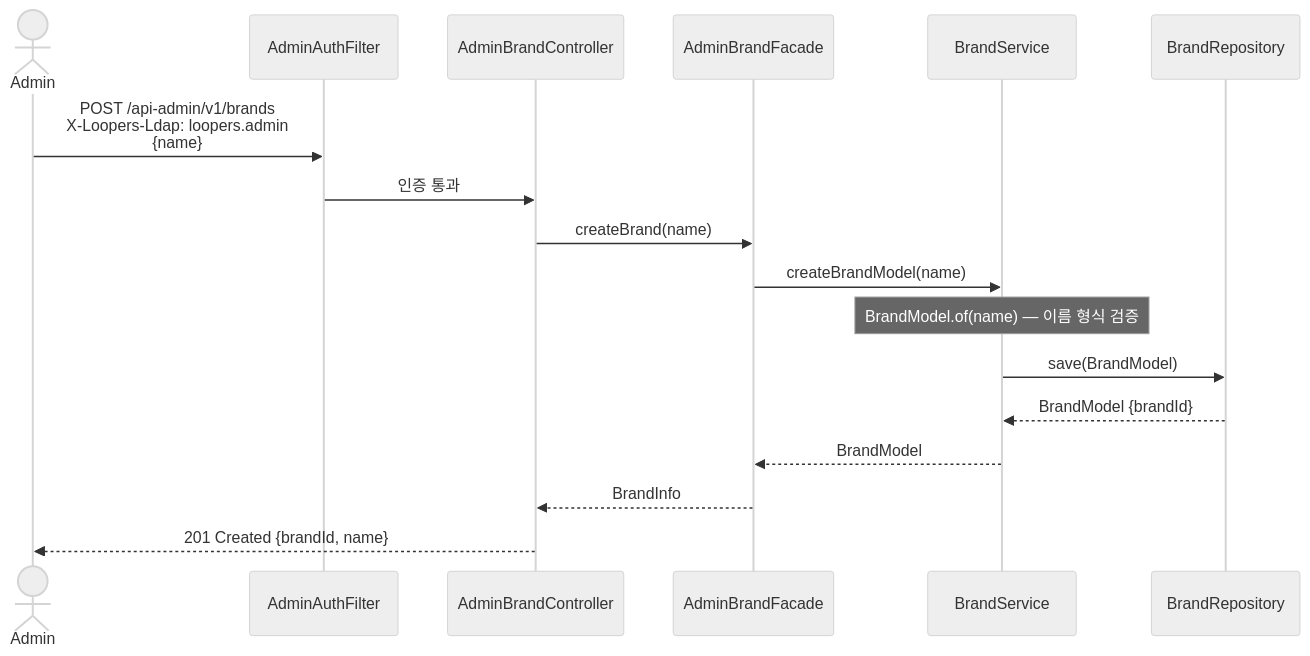
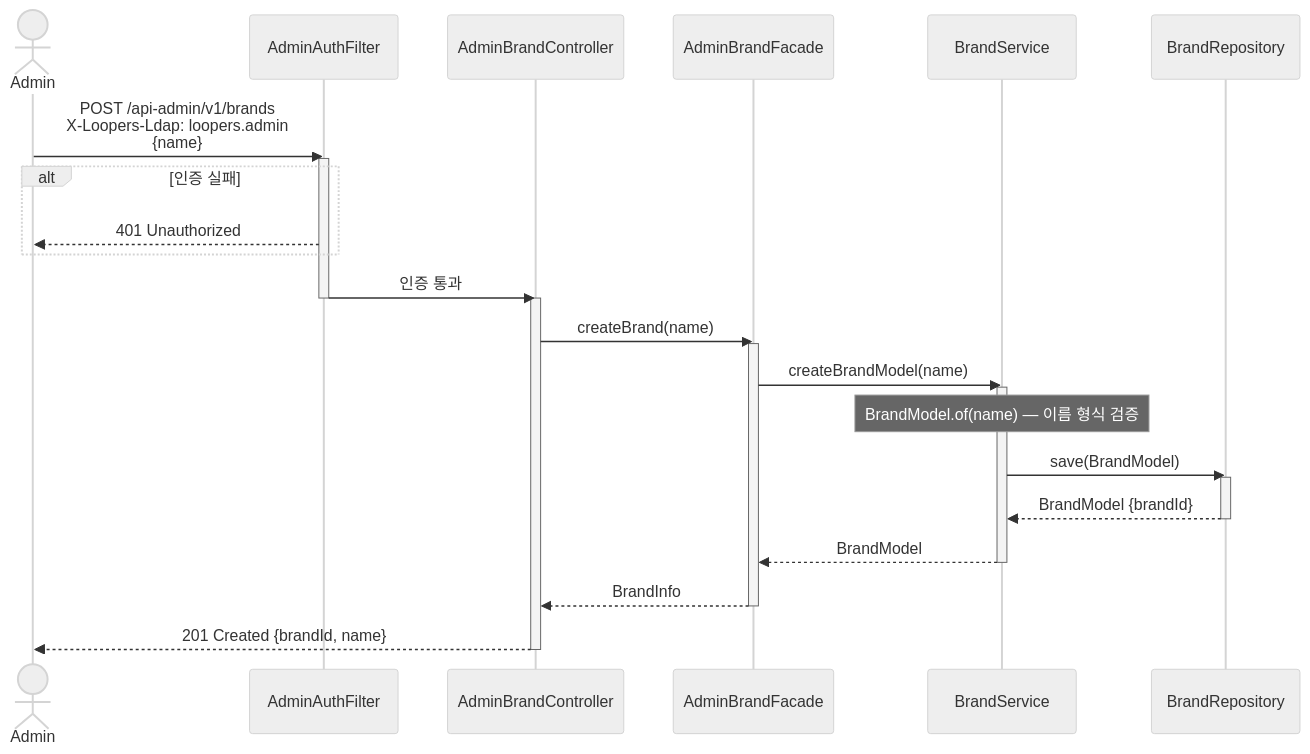
One commit to loopers-labs/loop-pack-be-l2-vol4-java changed the ninth of 25 diagrams in .docs/design/02-sequence-diagrams.md. Above: the diagram before and after it, drawn with Mermaid (neutral theme). The commit also changed other lines of this file and 5 other files, not shown here.

````diff
--- a/.docs/design/02-sequence-diagrams.md
+++ b/.docs/design/02-sequence-diagrams.md
@@ -350,23 +446,36 @@
 ```mermaid
 sequenceDiagram
     actor Admin
     participant AF as AdminAuthFilter
     participant BC as AdminBrandController
     participant BF as AdminBrandFacade
     participant BS as BrandService
     participant BR as BrandRepository
 
     Admin->>AF: POST /api-admin/v1/brands<br/>X-Loopers-Ldap: loopers.admin<br/>{name}
+    activate AF
+    alt 인증 실패
+        AF-->>Admin: 401 Unauthorized
+    end
     AF->>BC: 인증 통과
+    deactivate AF
+    activate BC
 
     BC->>BF: createBrand(name)
+    activate BF
     BF->>BS: createBrandModel(name)
+    activate BS
 
     Note over BS: BrandModel.of(name) — 이름 형식 검증
     BS->>BR: save(BrandModel)
+    activate BR
     BR-->>BS: BrandModel {brandId}
+    deactivate BR
     BS-->>BF: BrandModel
+    deactivate BS
 
     BF-->>BC: BrandInfo
+    deactivate BF
     BC-->>Admin: 201 Created {brandId, name}
+    deactivate BC
 ```
````
